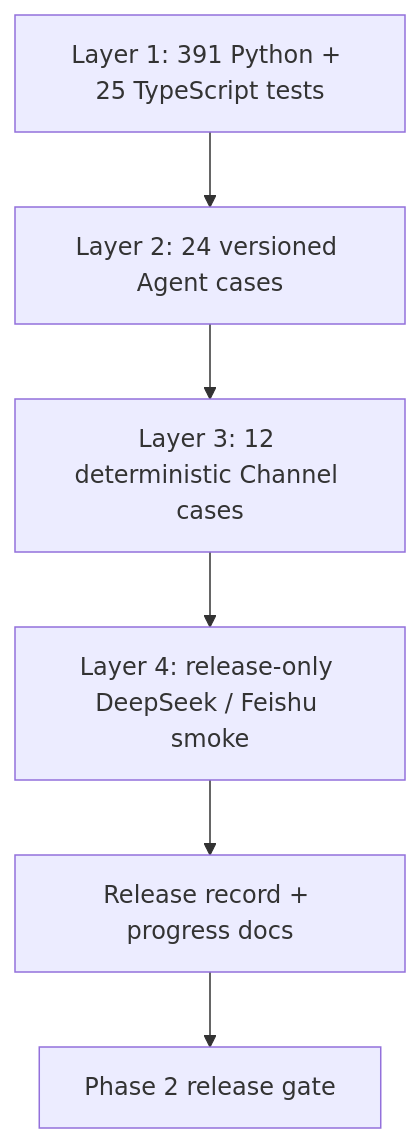
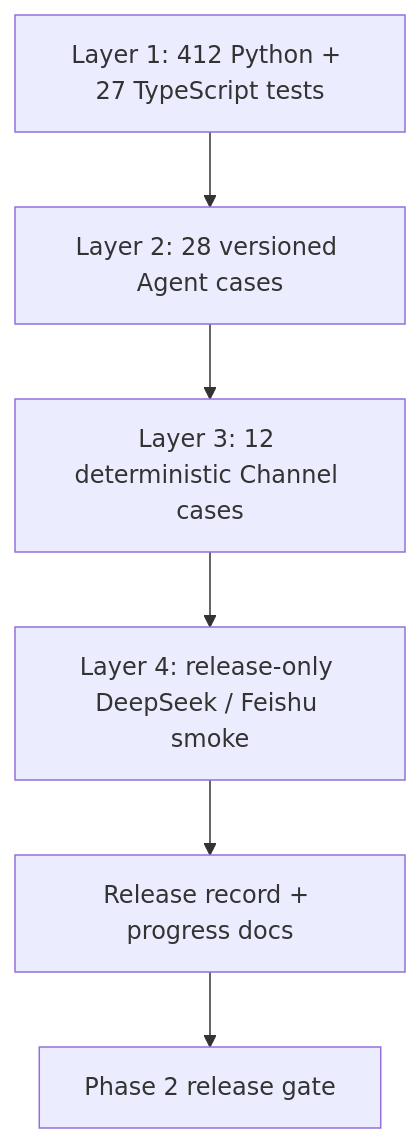
One commit to NEDONION/lobster0 changed the first of 4 diagrams in docs/engineering/phase-2/testing-and-debugging.md. Above: the diagram before and after it, drawn with Mermaid. The commit also changed other lines of this file and 26 other files, not shown here.

````diff
--- a/docs/engineering/phase-2/testing-and-debugging.md
+++ b/docs/engineering/phase-2/testing-and-debugging.md
@@ -22,8 +22,8 @@
 ```mermaid
 flowchart TB
-    UNIT["Layer 1: 391 Python + 25 TypeScript tests"] --> OFFLINE["Layer 2: 24 versioned Agent cases"]
+    UNIT["Layer 1: 412 Python + 27 TypeScript tests"] --> OFFLINE["Layer 2: 28 versioned Agent cases"]
     OFFLINE --> CHANNEL["Layer 3: 12 deterministic Channel cases"]
     CHANNEL --> LIVE["Layer 4: release-only DeepSeek / Feishu smoke"]
     LIVE --> DOC["Release record + progress docs"]
     DOC --> RELEASE["Phase 2 release gate"]
 ```
````
